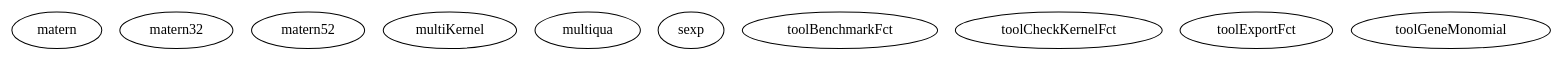
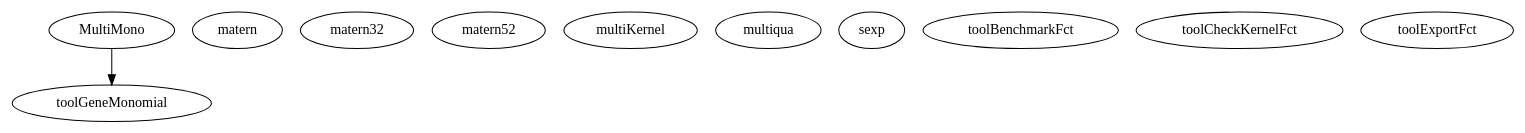
Before and after one commit to luclaurent/GRENAT: the diagram in doc/GRENAT/src/kernANDfun/graph.dot, drawn with Graphviz. The commit also changed 239 other files, not shown here.

```diff
--- a/doc/GRENAT/src/kernANDfun/graph.dot
+++ b/doc/GRENAT/src/kernANDfun/graph.dot
@@ -1,14 +1,16 @@
 /* Created by mdot for Matlab */
 digraph m2html {
+  MultiMono -> toolGeneMonomial;
 
+  MultiMono [URL="MultiMono.html"];
   matern [URL="matern.html"];
   matern32 [URL="matern32.html"];
   matern52 [URL="matern52.html"];
   multiKernel [URL="multiKernel.html"];
   multiqua [URL="multiqua.html"];
   sexp [URL="sexp.html"];
   toolBenchmarkFct [URL="toolBenchmarkFct.html"];
   toolCheckKernelFct [URL="toolCheckKernelFct.html"];
   toolExportFct [URL="toolExportFct.html"];
   toolGeneMonomial [URL="toolGeneMonomial.html"];
 }
```
